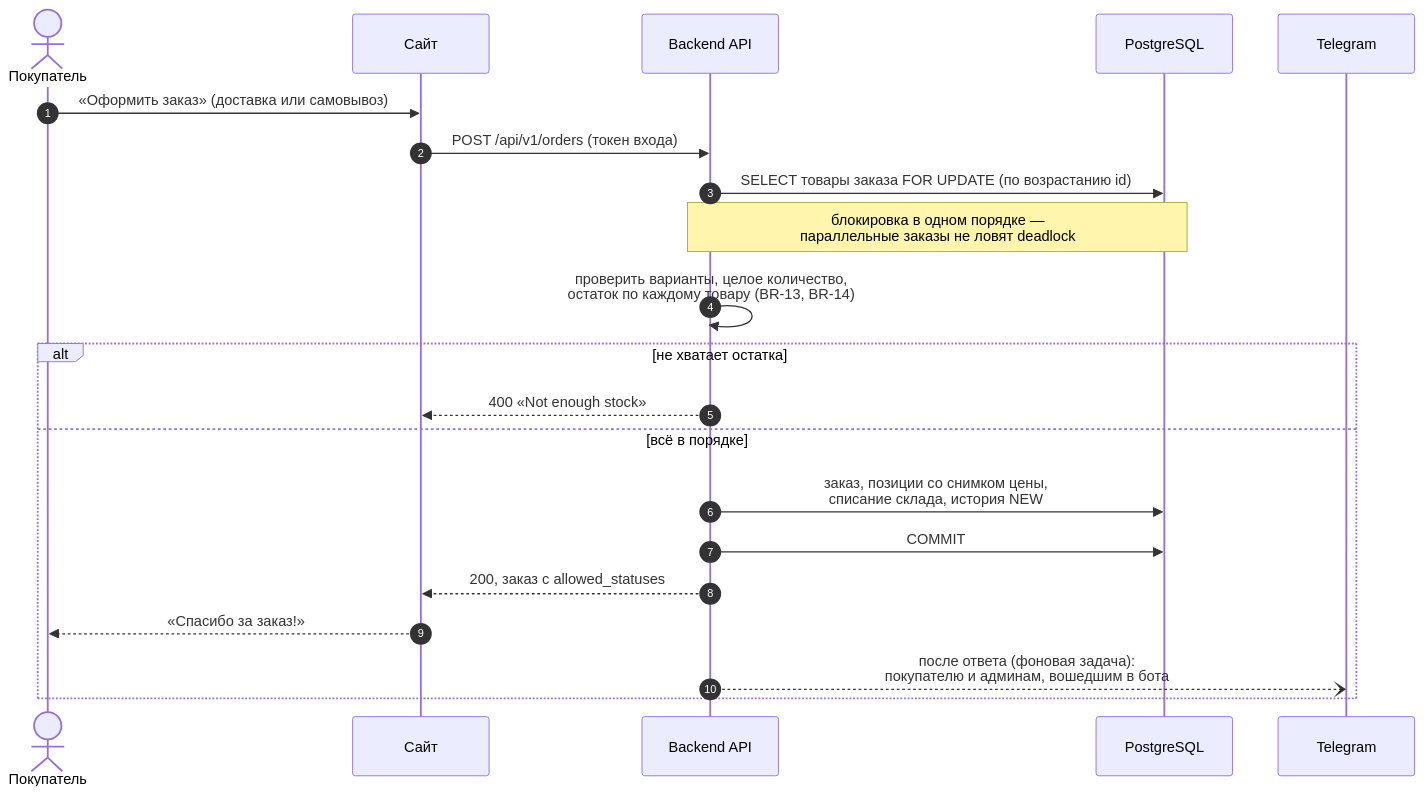
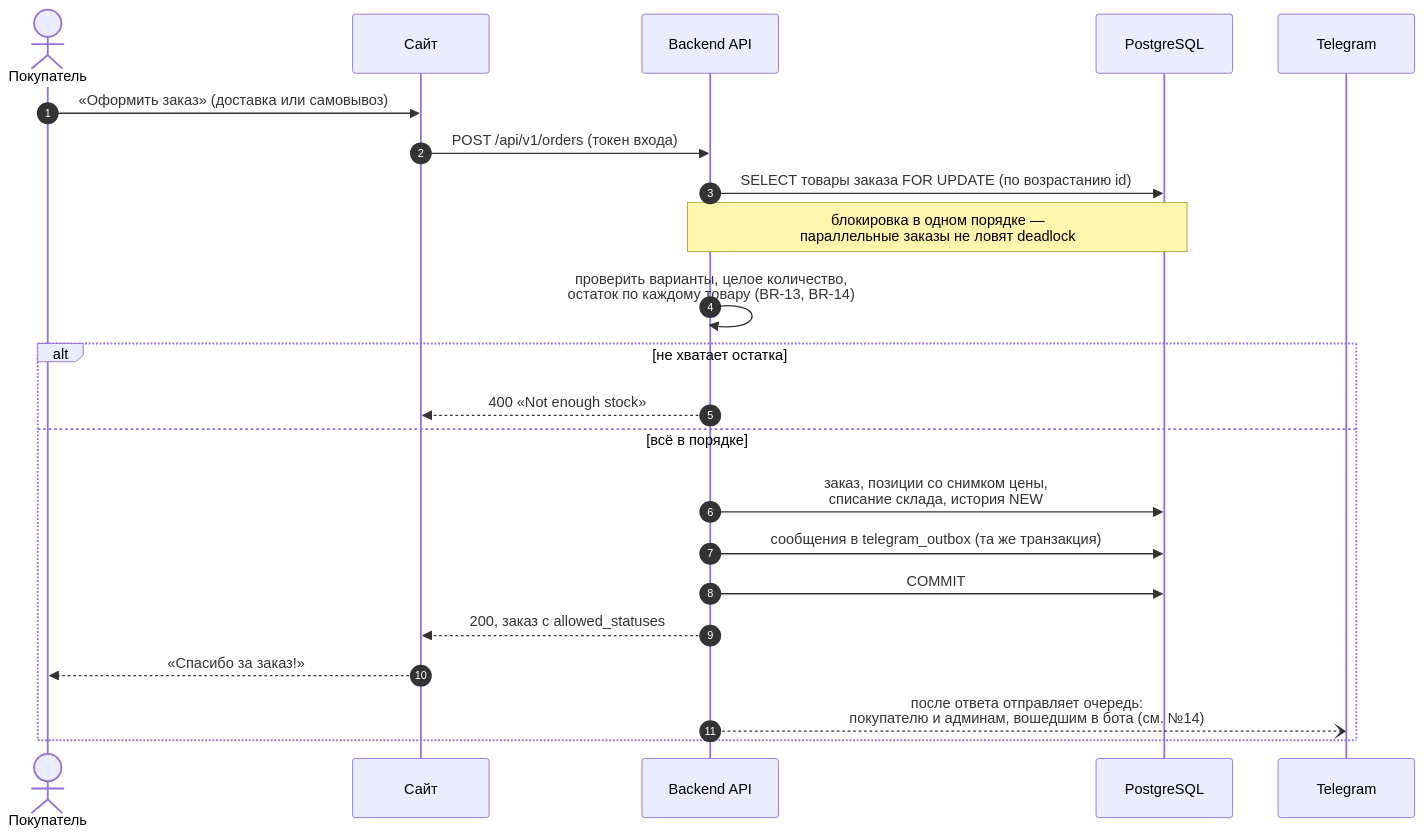
One commit to haz2007/-Builder-s-Friend- changed the fourth of 16 diagrams in docs/diagrams.md. Above: the diagram before and after it, drawn with Mermaid. The commit also changed other lines of this file and 11 other files, not shown here.

First line of the commit message:
Refresh docs: seven new diagrams, up-to-date README and screenshots

````diff
--- a/docs/diagrams.md
+++ b/docs/diagrams.md
@@ -196,24 +219,25 @@
 ```mermaid
 sequenceDiagram
     autonumber
     actor C as Покупатель
     participant W as Сайт
     participant A as Backend API
     participant D as PostgreSQL
     participant T as Telegram
 
     C->>W: «Оформить заказ» (доставка или самовывоз)
     W->>A: POST /api/v1/orders (токен входа)
     A->>D: SELECT товары заказа FOR UPDATE (по возрастанию id)
     Note over A,D: блокировка в одном порядке —<br/>параллельные заказы не ловят deadlock
     A->>A: проверить варианты, целое количество,<br/>остаток по каждому товару (BR-13, BR-14)
     alt не хватает остатка
         A-->>W: 400 «Not enough stock»
     else всё в порядке
         A->>D: заказ, позиции со снимком цены,<br/>списание склада, история NEW
+        A->>D: сообщения в telegram_outbox (та же транзакция)
         A->>D: COMMIT
         A-->>W: 200, заказ с allowed_statuses
         W-->>C: «Спасибо за заказ!»
-        A--)T: после ответа (фоновая задача):<br/>покупателю и админам, вошедшим в бота
+        A--)T: после ответа отправляет очередь:<br/>покупателю и админам, вошедшим в бота (см. №14)
     end
 ```
````
